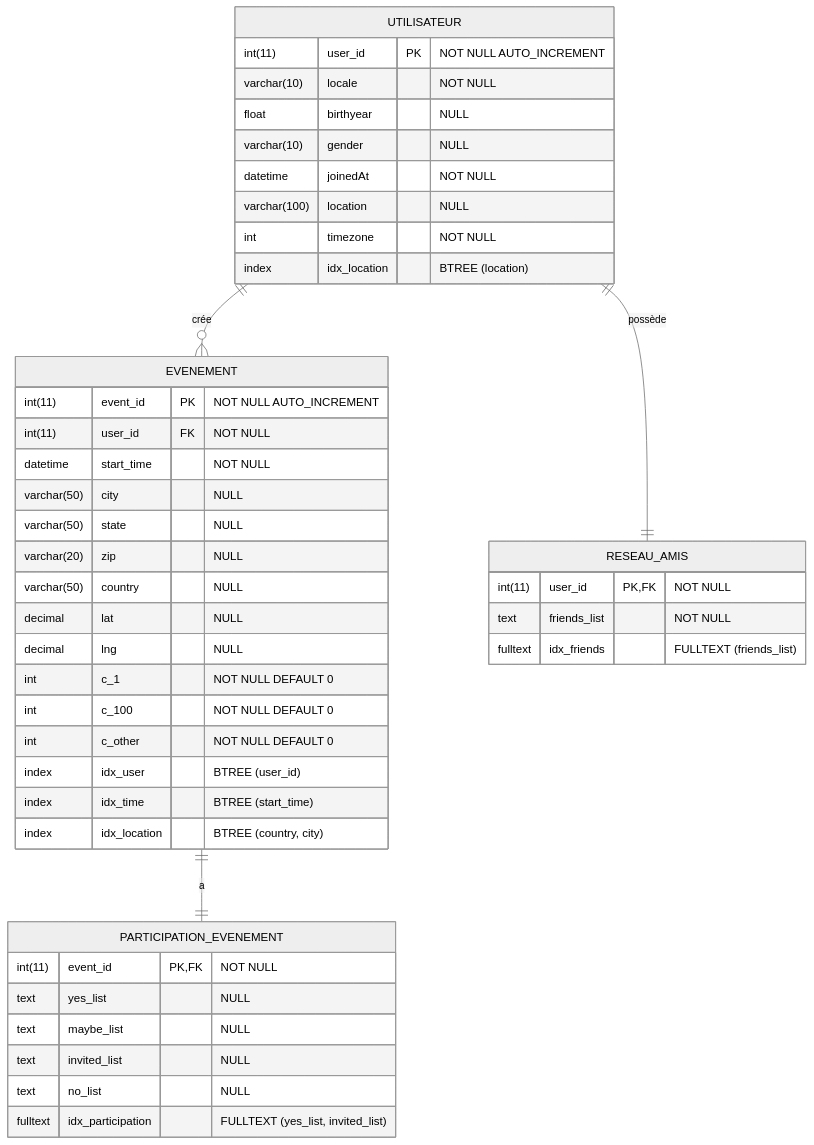
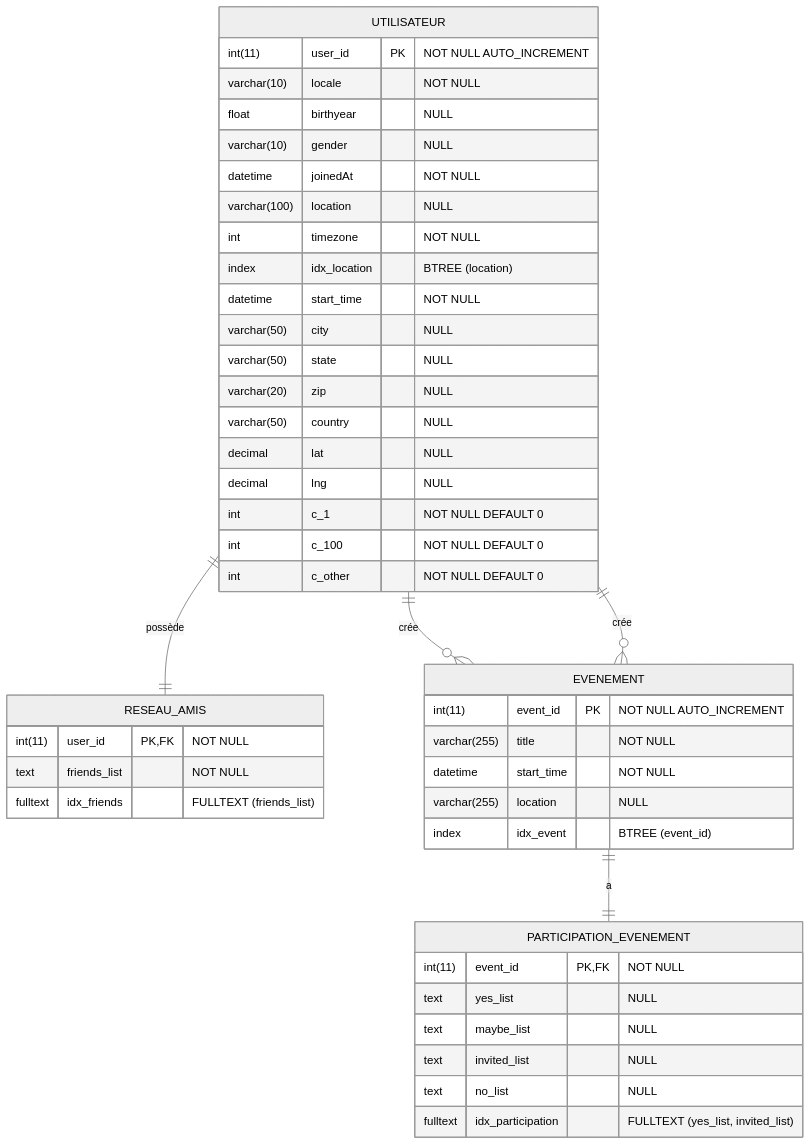
One commit to MOSSAWIII/realtime-recommendation-engine changed the diagram in MPD.mmd. Above: the diagram before and after it, drawn with Mermaid (neutral theme). The commit also changed other lines of this file and 2 other files, not shown here.

```diff
--- a/MPD.mmd
+++ b/MPD.mmd
@@ -1,58 +1,53 @@
-%% Ce diagramme ER utilise la syntaxe Mermaid pour représenter de manière visuelle
-%% la structure d'une base de données. Il définit principalement deux entités :
-%% UTILISATEUR et EVENEMENT.
-%% - UTILISATEUR contient les attributs liés aux informations d'un utilisateur,
-%%   tels que son identifiant, sa locale, sa date d'inscription, etc.
-%% - EVENEMENT regroupe les données liées aux événements associés à un utilisateur,
-%%   en indiquant notamment la date de début, l'emplacement et divers compteurs.
-%% Chaque entité précise aussi certaines contraintes comme les clés primaires,
-%% les clés étrangères et les index, qui facilitent la gestion et l'optimisation des requêtes sur la base de données.
-
 erDiagram
+    %% Diagramme entité-relation d'une plateforme sociale d'événements
+    %% Ce schéma représente une base de données permettant de gérer des utilisateurs,
+    %% leurs réseaux d'amis, des événements et les participations à ces événements.
+    %% Le système permet de suivre qui crée des événements et qui y participe.
     UTILISATEUR {
         int(11) user_id PK "NOT NULL AUTO_INCREMENT"
         varchar(10) locale "NOT NULL"
         float birthyear "NULL"
         varchar(10) gender "NULL"
         datetime joinedAt "NOT NULL"
         varchar(100) location "NULL"
         int timezone "NOT NULL"
         index idx_location "BTREE (location)"
-    }
-    
-    EVENEMENT {
-        int(11) event_id PK "NOT NULL AUTO_INCREMENT"
-        int(11) user_id FK "NOT NULL"
         datetime start_time "NOT NULL"
         varchar(50) city "NULL" 
         varchar(50) state "NULL"
         varchar(20) zip "NULL"
         varchar(50) country "NULL"
         decimal lat "NULL"
         decimal lng "NULL"
         int c_1 "NOT NULL DEFAULT 0"
         int c_100 "NOT NULL DEFAULT 0"
         int c_other "NOT NULL DEFAULT 0"
-        index idx_user "BTREE (user_id)"
-        index idx_time "BTREE (start_time)"
-        index idx_location "BTREE (country, city)"
     }
     
     RESEAU_AMIS {
         int(11) user_id PK,FK "NOT NULL"
         text friends_list "NOT NULL"
         fulltext idx_friends "FULLTEXT (friends_list)"
     }
     
     PARTICIPATION_EVENEMENT {
         int(11) event_id PK,FK "NOT NULL"
         text yes_list "NULL"
         text maybe_list "NULL"
         text invited_list "NULL"
         text no_list "NULL"
         fulltext idx_participation "FULLTEXT (yes_list, invited_list)"
     }
     
     UTILISATEUR ||--o{ EVENEMENT : "crée"
+    UTILISATEUR ||--o{ EVENEMENT : "crée"
     UTILISATEUR ||--|| RESEAU_AMIS : "possède"
     EVENEMENT ||--|| PARTICIPATION_EVENEMENT : "a"
+    
+    EVENEMENT {
+        int(11) event_id PK "NOT NULL AUTO_INCREMENT"
+        varchar(255) title "NOT NULL"
+        datetime start_time "NOT NULL"
+        varchar(255) location "NULL"
+        index idx_event "BTREE (event_id)"
+    }
```
